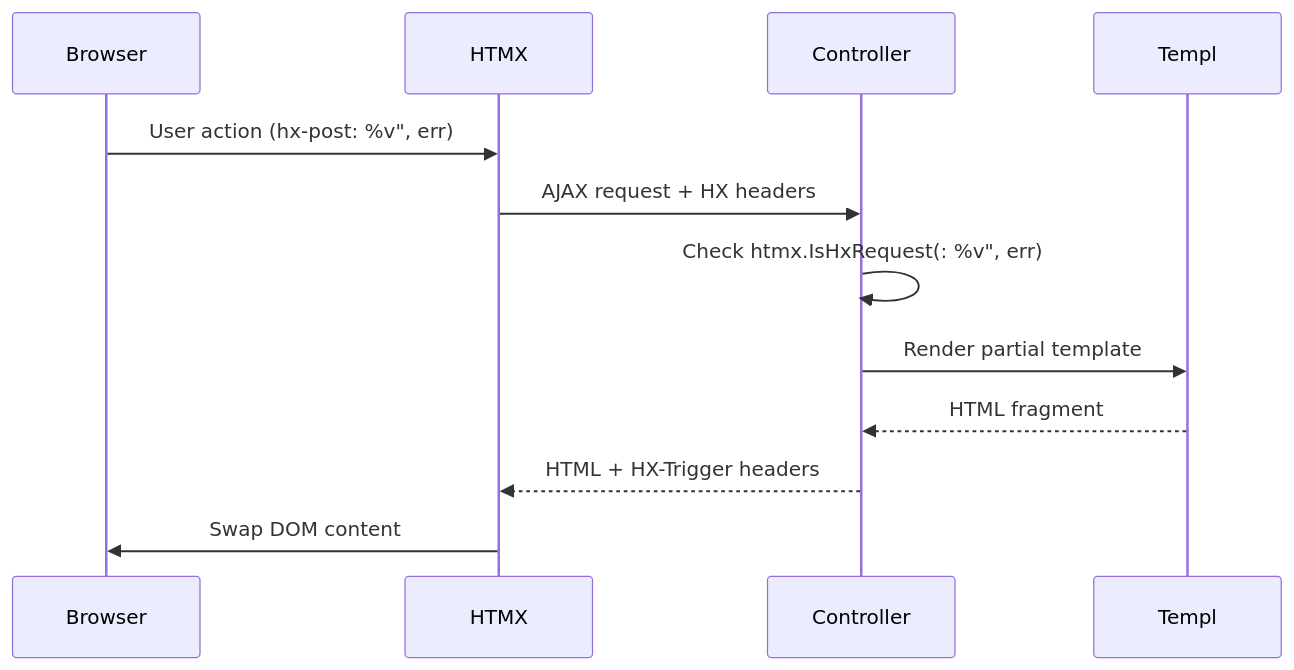
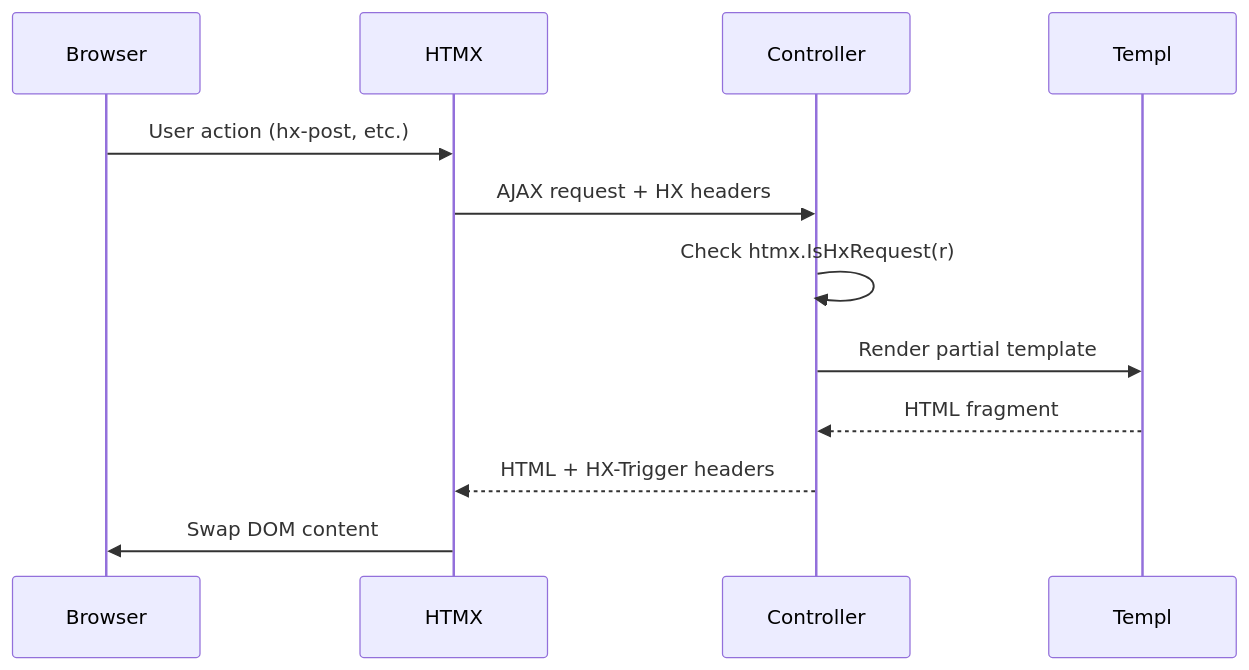
Before and after one commit to iota-uz/iota-sdk: the third of 11 diagrams in docs/content/architecture/frontend-stack.mdx, drawn with Mermaid. The commit also changed other lines of this file and 4 other files, not shown here.

First line of the commit message:
docs: fix architecture (BuiltInModules, multi-tenancy, frontend, DDD)

````diff
--- a/docs/content/architecture/frontend-stack.mdx
+++ b/docs/content/architecture/frontend-stack.mdx
@@ -60,15 +60,15 @@
 ```mermaid
 sequenceDiagram
     participant Browser
     participant HTMX
     participant Controller
     participant Templ
     
-    Browser->>HTMX: User action (hx-post: %v", err)
+    Browser->>HTMX: User action (hx-post, etc.)
     HTMX->>Controller: AJAX request + HX headers
-    Controller->>Controller: Check htmx.IsHxRequest(: %v", err)
+    Controller->>Controller: Check htmx.IsHxRequest(r)
     Controller->>Templ: Render partial template
     Templ-->>Controller: HTML fragment
     Controller-->>HTMX: HTML + HX-Trigger headers
     HTMX->>Browser: Swap DOM content
 ```
````
